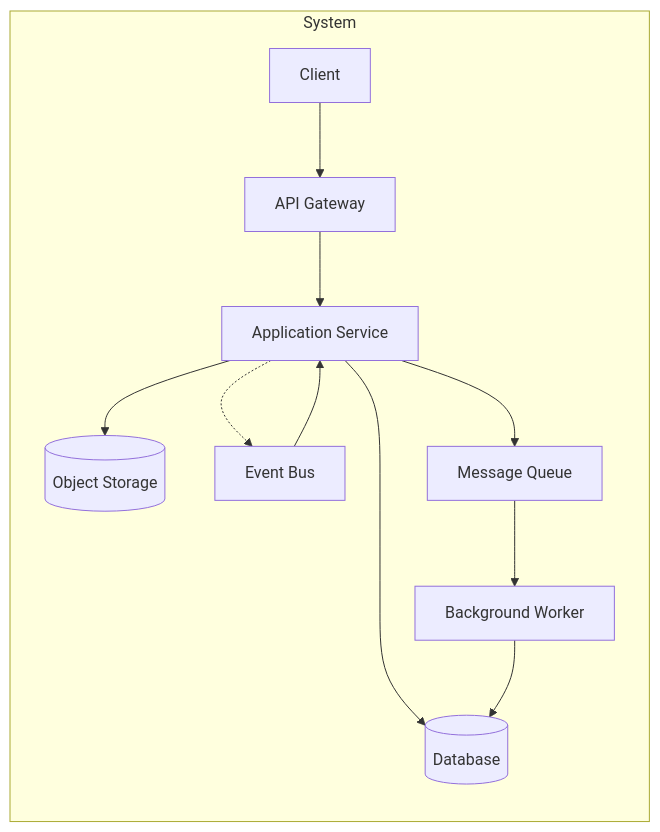
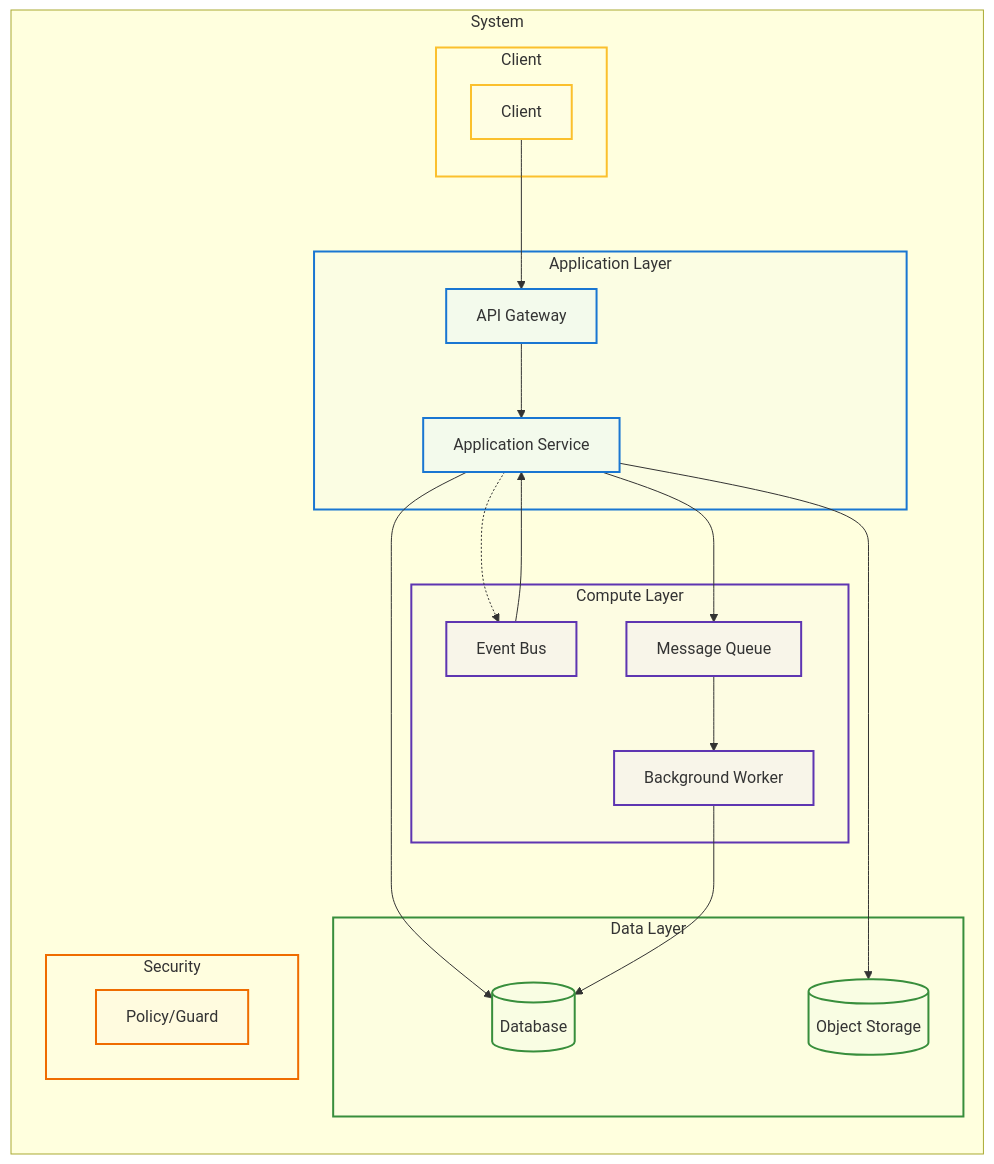
The second of 2 diagrams in cursor/rules/mermaid-guidelines.mdc (ymdarake/dotfiles), drawn with Mermaid before and after one commit. The commit also changed other lines of this file and 1 other file, not shown here.

Commit message:
:memo: グローバルガイドラインにMermaid記法ガイドラインを追加し、シーケンス図と構成図の例を強化
- グローバルガイドラインにPythonプロジェクトガイドラインへのリンクを追加
- Mermaid記法に関する詳細なガイドラインを新規作成
- シーケンス図と構成図の例を改善し、レイヤー分けとスタイル定義を明確化
- 実務ルールを追加し、ノード命名やサブグラフの使用に関する推奨事項を記載

````diff
--- a/cursor/rules/mermaid-guidelines.mdc
+++ b/cursor/rules/mermaid-guidelines.mdc
@@ -52,22 +60,59 @@
 ```mermaid
 graph LR
+  %% スタイル定義（このブロック内でも使用できるよう最小限を同梱）
+  classDef layerApp fill:#e3f2fd,stroke:#1976d2,stroke-width:2px,fill-opacity:0.35
+  classDef layerData fill:#f1f8e9,stroke:#388e3c,stroke-width:2px,fill-opacity:0.35
+  classDef layerCompute fill:#ede7f6,stroke:#5e35b1,stroke-width:2px,fill-opacity:0.35
+  classDef layerSecurity fill:#fff3e0,stroke:#ef6c00,stroke-width:2px,fill-opacity:0.35
+  classDef nodeClient fill:#fffde7,stroke:#fbc02d,stroke-width:2px,fill-opacity:0.35
+
   subgraph System[System]
-    CL[Client]
-    API[API Gateway]
-    APP[Application Service]
-    Q[Message Queue]
-    DB[(Database)]
-    OBJ[(Object Storage)]
-    BUS[Event Bus]
-    WK[Background Worker]
+    subgraph ClientZone[Client]
+      CL[Client]
+    end
+
+    subgraph ApplicationLayer[Application Layer]
+      API[API Gateway]
+      APP[Application Service]
+    end
+
+    subgraph DataLayer[Data Layer]
+      DB[(Database)]
+      OBJ[(Object Storage)]
+    end
+
+    subgraph ComputeLayer[Compute Layer]
+      Q[Message Queue]
+      WK[Background Worker]
+      BUS[Event Bus]
+    end
+
+    subgraph SecurityLayer[Security]
+      SEC[Policy/Guard]
+    end
   end
 
+  %% レイヤ別スタイル適用
+  class CL nodeClient
+  class API,APP layerApp
+  class DB,OBJ layerData
+  class Q,WK,BUS layerCompute
+  class SEC layerSecurity
+
+  %% フロー
   CL --> API --> APP
   APP --> DB
   APP --> OBJ
   APP -.-> BUS
   APP --> Q
   Q --> WK
   WK --> DB
   BUS --> APP
+
+  %% サブグラフ背景色（レイヤごとの背景）
+  style ClientZone fill:#fffde7,stroke:#fbc02d,stroke-width:2px,fill-opacity:0.15
+  style ApplicationLayer fill:#e3f2fd,stroke:#1976d2,stroke-width:2px,fill-opacity:0.15
+  style DataLayer fill:#f1f8e9,stroke:#388e3c,stroke-width:2px,fill-opacity:0.15
+  style ComputeLayer fill:#ede7f6,stroke:#5e35b1,stroke-width:2px,fill-opacity:0.15
+  style SecurityLayer fill:#fff3e0,stroke:#ef6c00,stroke-width:2px,fill-opacity:0.15
 ```
````
